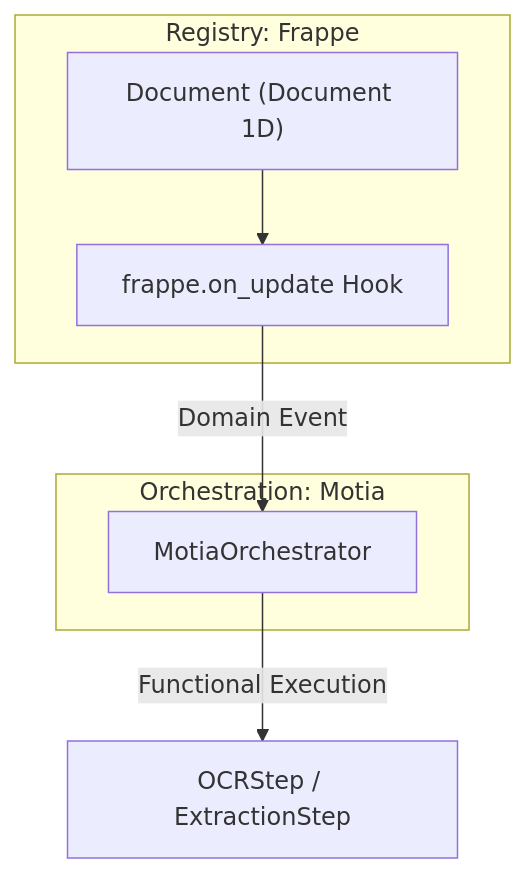
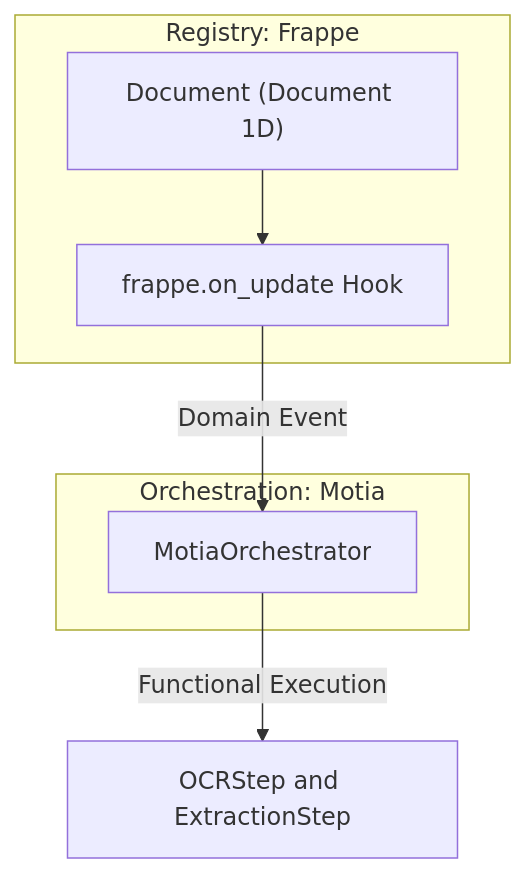
Before and after one commit to internetartsy/JK: the diagram in documentation/frappe_integration.md, drawn with Mermaid. The commit also changed 5 other files, not shown here.

Commit message:
Fix Mermaid syntax: Quote all labels for GitHub compatibility

````diff
--- a/documentation/frappe_integration.md
+++ b/documentation/frappe_integration.md
@@ -13,15 +13,15 @@
 ```mermaid
 flowchart TD
     subgraph Registry_Step [Registry: Frappe]
         Doc["Document (Document 1D)"]
         Hook["frappe.on_update Hook"]
     end
 
     subgraph Logic_Step [Orchestration: Motia]
         MO["MotiaOrchestrator"]
     end
 
     Doc --> Hook
-    Hook -->|Domain Event| MO
-    MO -->|Functional Execution| Workers["OCRStep / ExtractionStep"]
+    Hook -->|"Domain Event"| MO
+    MO -->|"Functional Execution"| Workers["OCRStep and ExtractionStep"]
 ```
````
